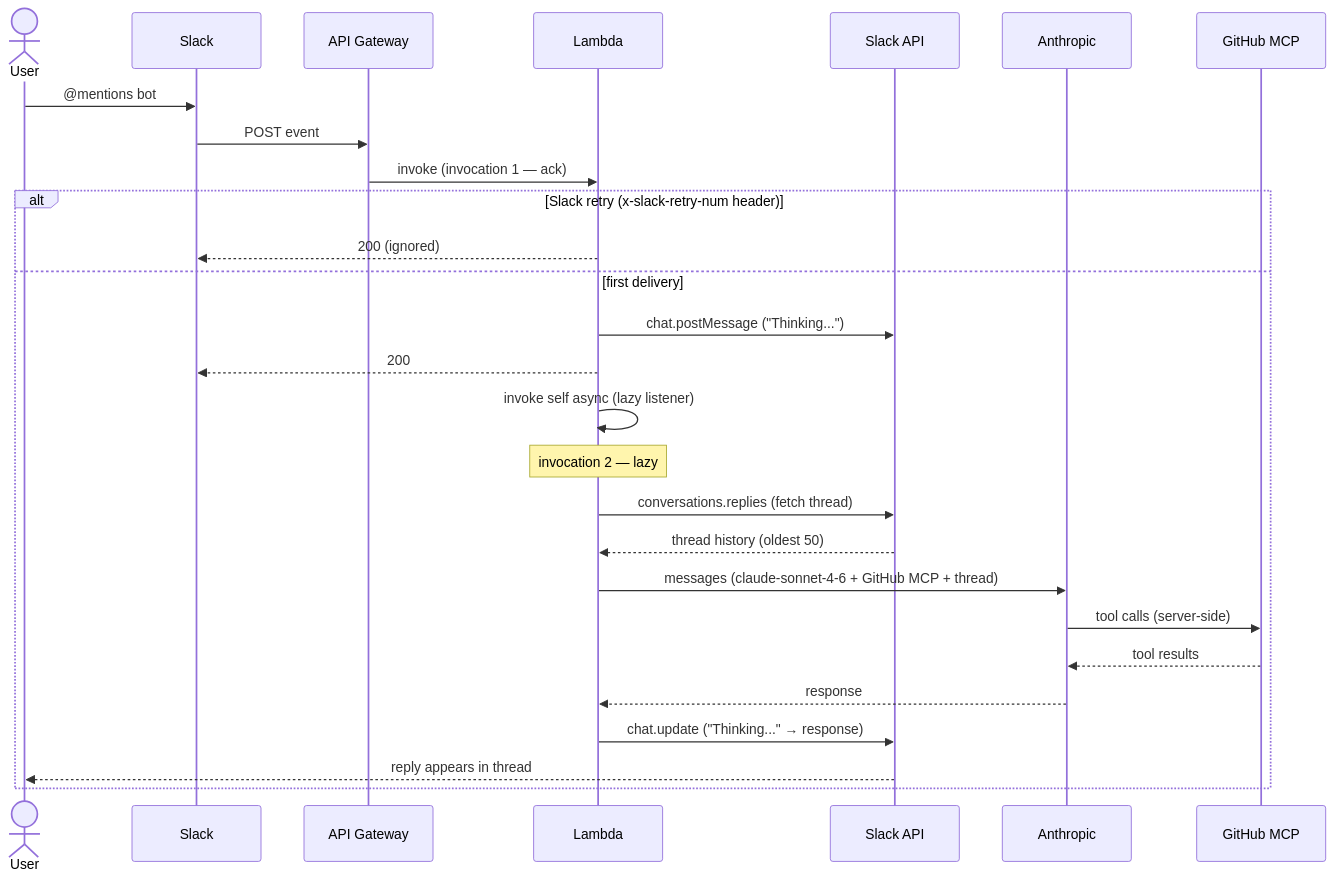
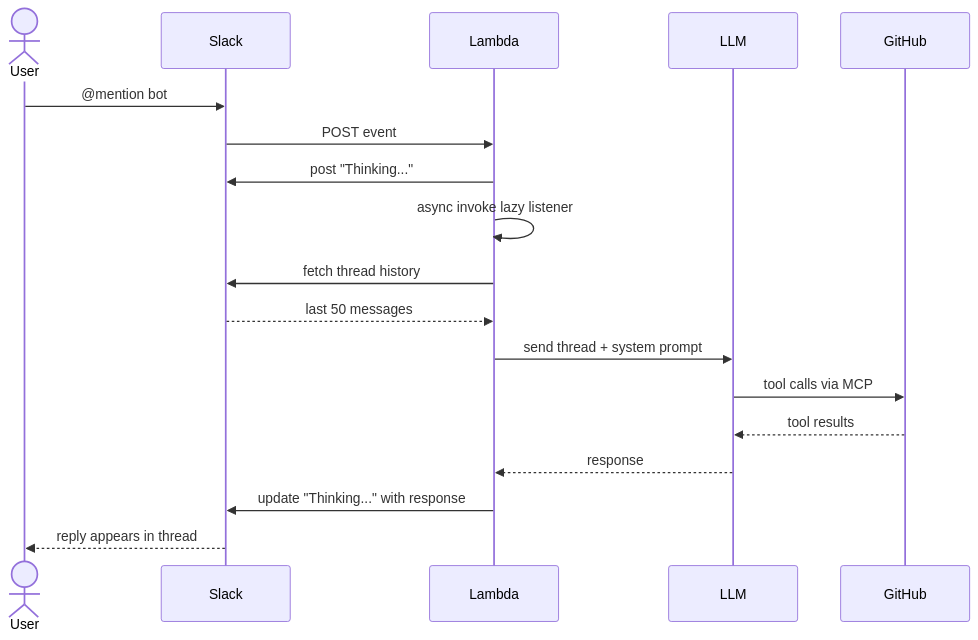
Before and after one commit to alecryan88/slack_bot: the diagram in README.md, drawn with Mermaid. The commit also changed other lines of this file, not shown here.

````diff
--- a/README.md
+++ b/README.md
@@ -40,32 +7,22 @@
 ```mermaid
 sequenceDiagram
     actor User
     participant Slack
-    participant API Gateway
     participant Lambda
-    participant Slack API
-    participant Anthropic
-    participant GitHub MCP
+    participant LLM
+    participant GitHub
 
-    User->>Slack: @mentions bot
-    Slack->>API Gateway: POST event
-    API Gateway->>Lambda: invoke (invocation 1 — ack)
+    User->>Slack: @mention bot
+    Slack->>Lambda: POST event
+    Lambda->>Slack: post "Thinking..."
+    Lambda->>Lambda: async invoke lazy listener
 
-    alt Slack retry (x-slack-retry-num header)
-        Lambda-->>Slack: 200 (ignored)
-    else first delivery
-        Lambda->>Slack API: chat.postMessage ("Thinking...")
-        Lambda-->>Slack: 200
-        Lambda->>Lambda: invoke self async (lazy listener)
-
-        Note over Lambda: invocation 2 — lazy
-        Lambda->>Slack API: conversations.replies (fetch thread)
-        Slack API-->>Lambda: thread history (oldest 50)
-        Lambda->>Anthropic: messages (claude-sonnet-4-6 + GitHub MCP + thread)
-        Anthropic->>GitHub MCP: tool calls (server-side)
-        GitHub MCP-->>Anthropic: tool results
-        Anthropic-->>Lambda: response
-        Lambda->>Slack API: chat.update ("Thinking..." → response)
-        Slack API-->>User: reply appears in thread
-    end
+    Lambda->>Slack: fetch thread history
+    Slack-->>Lambda: last 50 messages
+    Lambda->>LLM: send thread + system prompt
+    LLM->>GitHub: tool calls via MCP
+    GitHub-->>LLM: tool results
+    LLM-->>Lambda: response
+    Lambda->>Slack: update "Thinking..." with response
+    Slack-->>User: reply appears in thread
 ```
````
